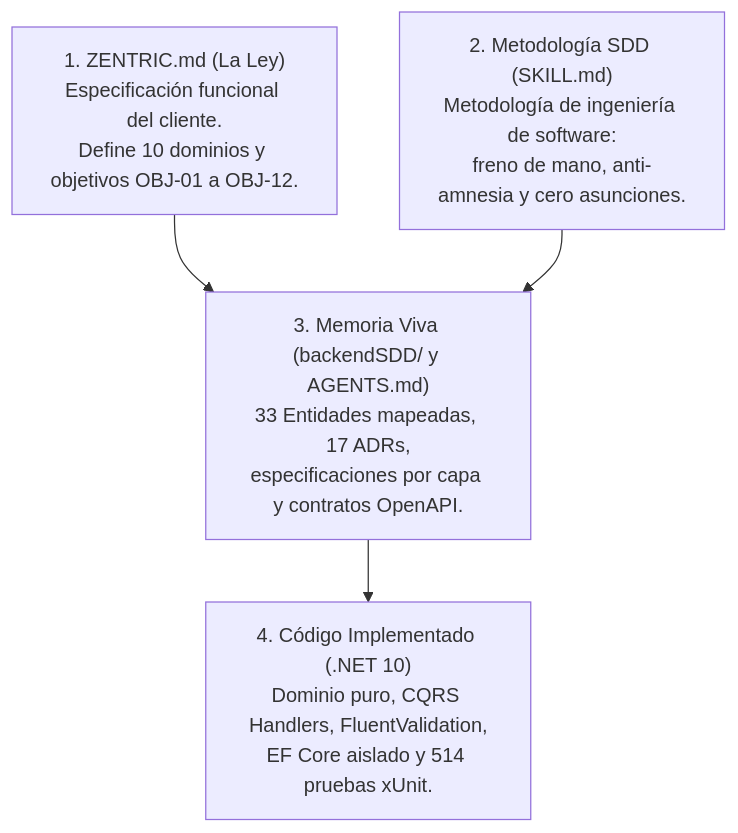
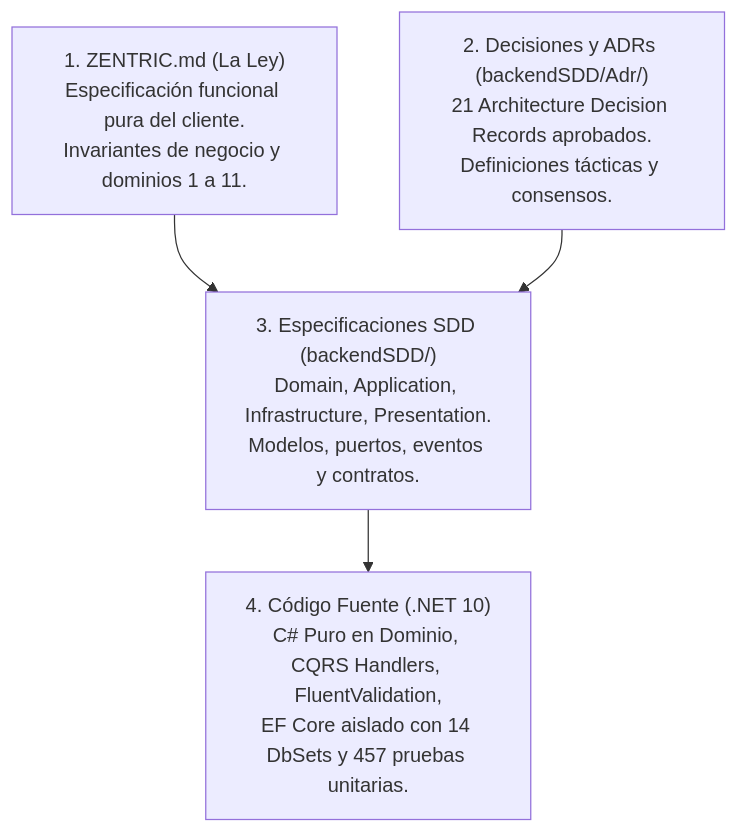
Before and after one commit to D-MachadoDev/Zentric: the first of 3 diagrams in README.md, drawn with Mermaid. The commit also changed other lines of this file and 1 other file, not shown here.

Commit message:
docs(sdd): elevar README.md y SDD.md maestro a estandar 10/10 puro SDD

````diff
--- a/README.md
+++ b/README.md
@@ -77,11 +75,11 @@
 ```mermaid
 flowchart TD
-    B1["1. ZENTRIC.md (La Ley)<br/>Especificación funcional del cliente.<br/>Define 10 dominios y objetivos OBJ-01 a OBJ-12."]
-    B2["2. Metodología SDD (SKILL.md)<br/>Metodología de ingeniería de software:<br/>freno de mano, anti-amnesia y cero asunciones."]
-    SSOT["3. Memoria Viva (backendSDD/ y AGENTS.md)<br/>33 Entidades mapeadas, 17 ADRs,<br/>especificaciones por capa y contratos OpenAPI."]
-    CODE["4. Código Implementado (.NET 10)<br/>Dominio puro, CQRS Handlers, FluentValidation,<br/>EF Core aislado y 514 pruebas xUnit."]
+    B1["1. ZENTRIC.md (La Ley)<br/>Especificación funcional pura del cliente.<br/>Invariantes de negocio y dominios 1 a 11."]
+    B2["2. Decisiones y ADRs (backendSDD/Adr/)<br/>21 Architecture Decision Records aprobados.<br/>Definiciones tácticas y consensos."]
+    SSOT["3. Especificaciones SDD (backendSDD/)<br/>Domain, Application, Infrastructure, Presentation.<br/>Modelos, puertos, eventos y contratos."]
+    CODE["4. Código Fuente (.NET 10)<br/>C# Puro en Dominio, CQRS Handlers, FluentValidation,<br/>EF Core aislado con 14 DbSets y 457 pruebas unitarias."]
 
     B1 --> SSOT
     B2 --> SSOT
     SSOT --> CODE
 ```
````
